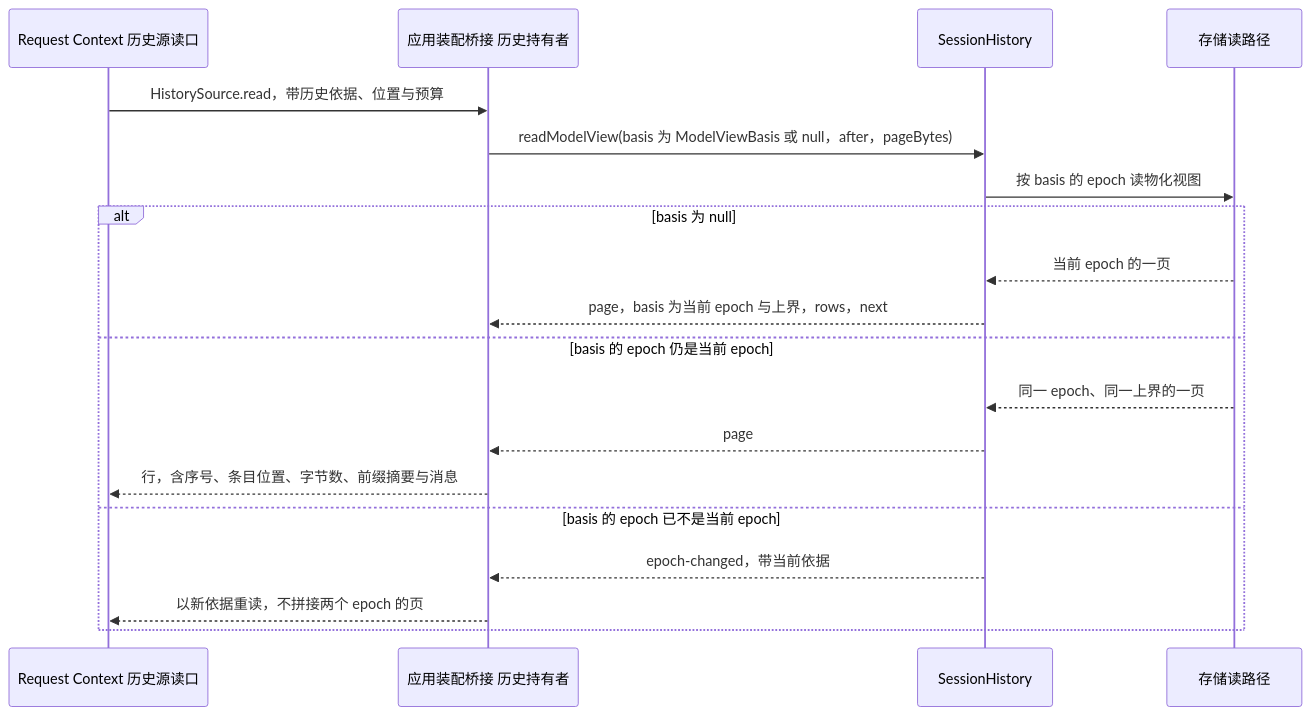
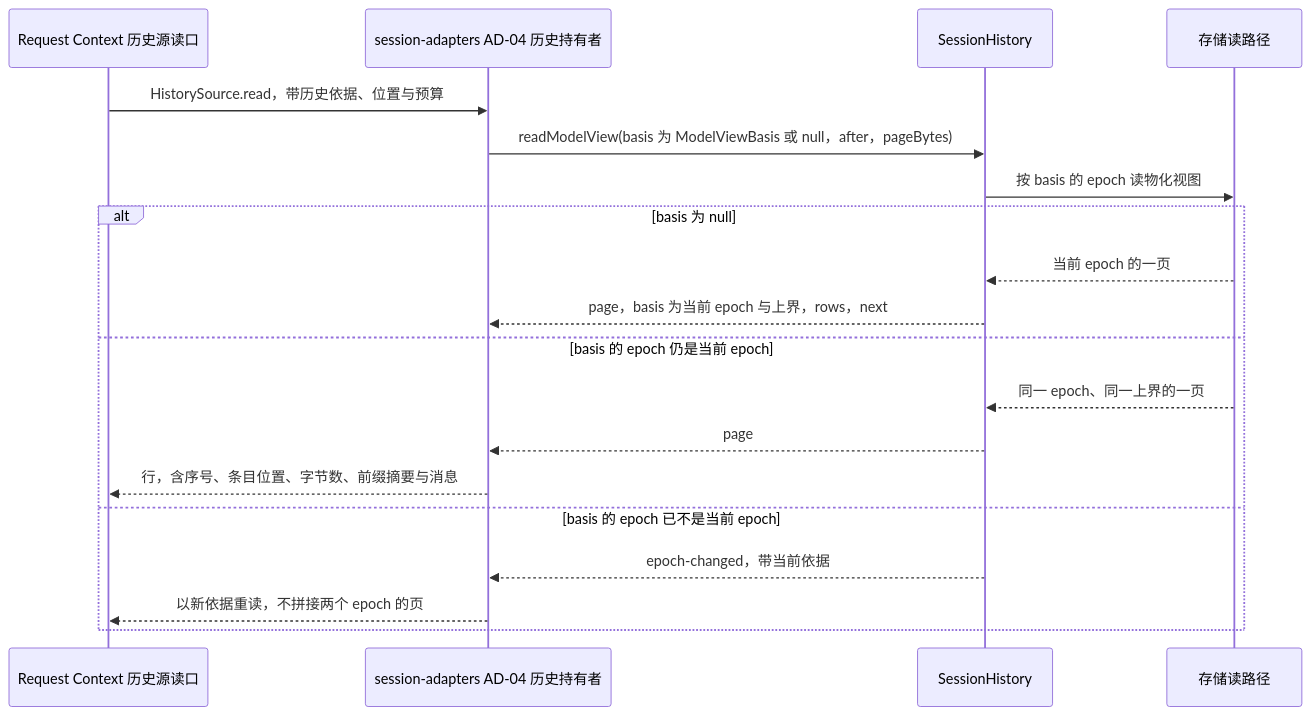
Before and after one commit to nemori-ai/omne-harness-lite: diagram 12 of 15 in packages/session/session-contract/docs/flows/scenarios.md, drawn with Mermaid. The commit also changed 9 other files, not shown here.

````diff
--- a/packages/session/session-contract/docs/flows/scenarios.md
+++ b/packages/session/session-contract/docs/flows/scenarios.md
@@ -644,21 +644,21 @@
 ```mermaid
 sequenceDiagram
     participant Q as Request Context 历史源读口
-    participant X as 应用装配桥接 历史持有者
+    participant X as session-adapters AD-04 历史持有者
     participant H as SessionHistory
     participant D as 存储读路径
     Q->>X: HistorySource.read，带历史依据、位置与预算
     X->>H: readModelView(basis 为 ModelViewBasis 或 null，after，pageBytes)
     H->>D: 按 basis 的 epoch 读物化视图
     alt basis 为 null
         D-->>H: 当前 epoch 的一页
         H-->>X: page，basis 为当前 epoch 与上界，rows，next
     else basis 的 epoch 仍是当前 epoch
         D-->>H: 同一 epoch、同一上界的一页
         H-->>X: page
         X-->>Q: 行，含序号、条目位置、字节数、前缀摘要与消息
     else basis 的 epoch 已不是当前 epoch
         H-->>X: epoch-changed，带当前依据
         X-->>Q: 以新依据重读，不拼接两个 epoch 的页
     end
 ```
````
